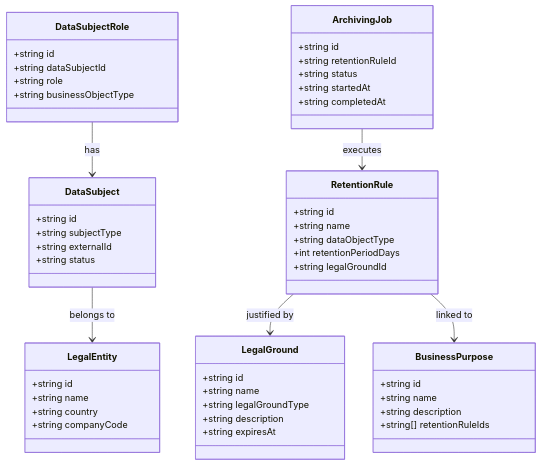
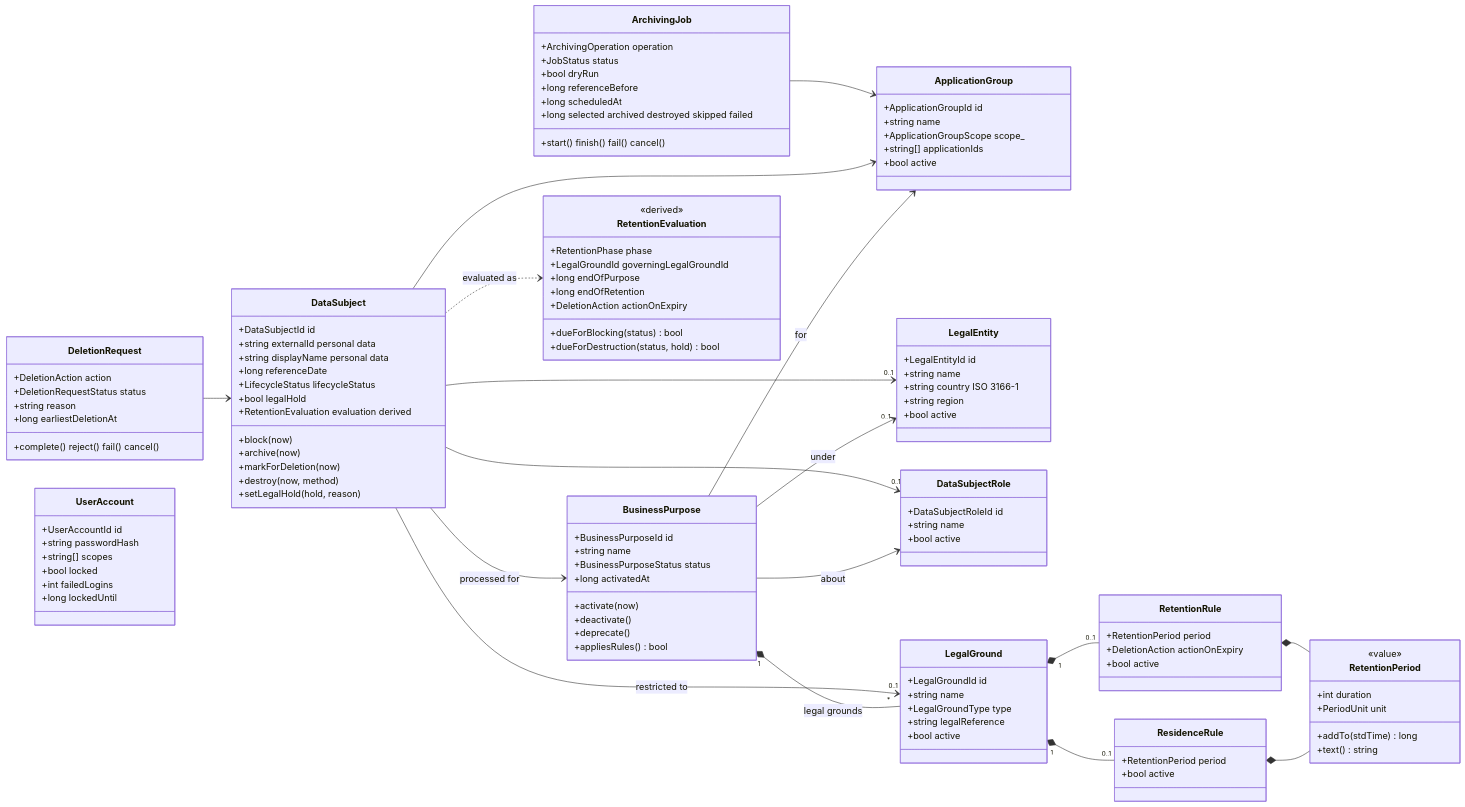
The first of 8 diagrams in data-retention/UML.md (UIMSolutions/uim-platform), drawn with Mermaid before and after one commit. The commit also changed other lines of this file and 75 other files, not shown here.

First line of the commit message:
feat: Implement data retention frontend and backend enhancements

````diff
--- a/data-retention/UML.md
+++ b/data-retention/UML.md
@@ -10,54 +7,121 @@
 ```mermaid
 classDiagram
-    class RetentionRule {
-        +string id
-        +string name
-        +string dataObjectType
-        +int retentionPeriodDays
-        +string legalGroundId
-    }
-    class LegalGround {
-        +string id
-        +string name
-        +string legalGroundType
-        +string description
-        +string expiresAt
-    }
-    class BusinessPurpose {
-        +string id
-        +string name
-        +string description
-        +string[] retentionRuleIds
-    }
-    class DataSubject {
-        +string id
-        +string subjectType
-        +string externalId
-        +string status
-    }
-    class DataSubjectRole {
-        +string id
-        +string dataSubjectId
-        +string role
-        +string businessObjectType
-    }
-    class LegalEntity {
-        +string id
-        +string name
-        +string country
-        +string companyCode
-    }
-    class ArchivingJob {
-        +string id
-        +string retentionRuleId
-        +string status
-        +string startedAt
-        +string completedAt
-    }
+  direction LR
+  class ApplicationGroup {
+    +ApplicationGroupId id
+    +string name
+    +ApplicationGroupScope scope_
+    +string[] applicationIds
+    +bool active
+  }
+  class LegalEntity {
+    +LegalEntityId id
+    +string name
+    +string country  ISO 3166-1
+    +string region
+    +bool active
+  }
+  class DataSubjectRole {
+    +DataSubjectRoleId id
+    +string name
+    +bool active
+  }
+  class BusinessPurpose {
+    +BusinessPurposeId id
+    +string name
+    +BusinessPurposeStatus status
+    +long activatedAt
+    +activate(now)
+    +deactivate()
+    +deprecate()
+    +appliesRules() bool
+  }
+  class LegalGround {
+    +LegalGroundId id
+    +string name
+    +LegalGroundType type
+    +string legalReference
+    +bool active
+  }
+  class ResidenceRule {
+    +RetentionPeriod period
+    +bool active
+  }
+  class RetentionRule {
+    +RetentionPeriod period
+    +DeletionAction actionOnExpiry
+    +bool active
+  }
+  class RetentionPeriod {
+    <<value>>
+    +int duration
+    +PeriodUnit unit
+    +addTo(stdTime) long
+    +text() string
+  }
+  class DataSubject {
+    +DataSubjectId id
+    +string externalId  personal data
+    +string displayName  personal data
+    +long referenceDate
+    +LifecycleStatus lifecycleStatus
+    +bool legalHold
+    +RetentionEvaluation evaluation  derived
+    +block(now)
+    +archive(now)
+    +markForDeletion(now)
+    +destroy(now, method)
+    +setLegalHold(hold, reason)
+  }
+  class DeletionRequest {
+    +DeletionAction action
+    +DeletionRequestStatus status
+    +string reason
+    +long earliestDeletionAt
+    +complete() reject() fail() cancel()
+  }
+  class ArchivingJob {
+    +ArchivingOperation operation
+    +JobStatus status
+    +bool dryRun
+    +long referenceBefore
+    +long scheduledAt
+    +long selected archived destroyed skipped failed
+    +start() finish() fail() cancel()
+  }
+  class UserAccount {
+    +UserAccountId id
+    +string passwordHash
+    +string[] scopes
+    +bool locked
+    +int failedLogins
+    +long lockedUntil
+  }
+  class RetentionEvaluation {
+    <<derived>>
+    +RetentionPhase phase
+    +LegalGroundId governingLegalGroundId
+    +long endOfPurpose
+    +long endOfRetention
+    +DeletionAction actionOnExpiry
+    +dueForBlocking(status) bool
+    +dueForDestruction(status, hold) bool
+  }
 
-    RetentionRule --> LegalGround : justified by
-    RetentionRule --> BusinessPurpose : linked to
-    DataSubjectRole --> DataSubject : has
-    ArchivingJob --> RetentionRule : executes
-    DataSubject --> LegalEntity : belongs to
+  BusinessPurpose --> ApplicationGroup : for
+  BusinessPurpose --> DataSubjectRole : about
+  BusinessPurpose --> "0..1" LegalEntity : under
+  BusinessPurpose "1" *-- "*" LegalGround : legal grounds
+  LegalGround "1" *-- "0..1" ResidenceRule
+  LegalGround "1" *-- "0..1" RetentionRule
+  ResidenceRule *-- RetentionPeriod
+  RetentionRule *-- RetentionPeriod
+  DataSubject --> BusinessPurpose : processed for
+  DataSubject --> ApplicationGroup
+  DataSubject --> "0..1" LegalGround : restricted to
+  DataSubject --> "0..1" DataSubjectRole
+  DataSubject --> "0..1" LegalEntity
+  DataSubject ..> RetentionEvaluation : evaluated as
+  DeletionRequest --> DataSubject
+  ArchivingJob --> ApplicationGroup
 ```
````
